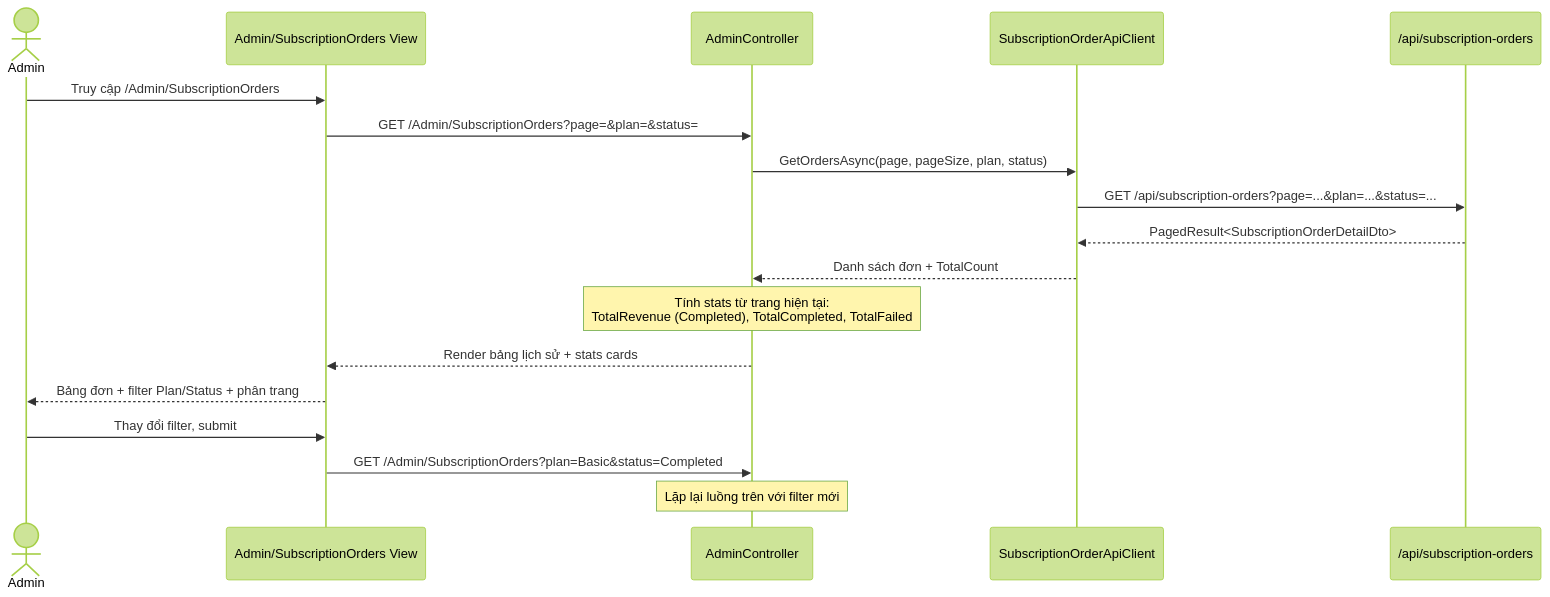
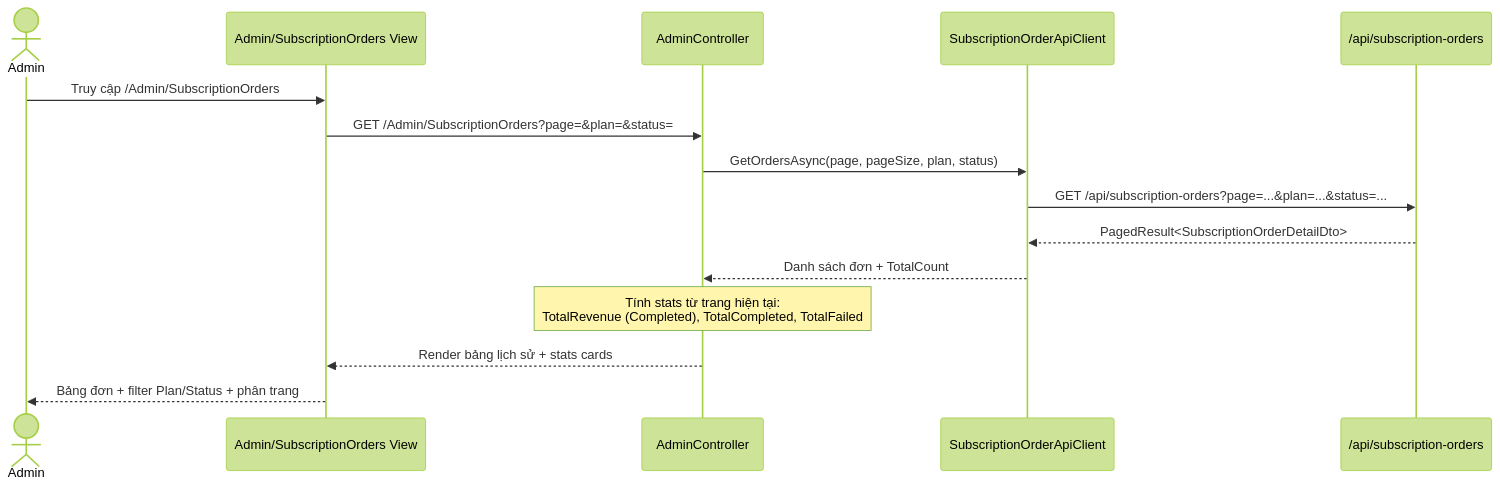
Before and after one commit to NguyenAlpha/LocateAndMultilingualNarration: diagram 19 of 19 in Docs/Sequence Diagrams – Web Admin.md, drawn with Mermaid (forest theme).

````diff
--- a/Docs/Sequence Diagrams – Web Admin.md
+++ b/Docs/Sequence Diagrams – Web Admin.md
@@ -841,22 +841,18 @@
 ```mermaid
 sequenceDiagram
     actor ADMIN as Admin
     participant VIEW as Admin/SubscriptionOrders View
     participant CTR as AdminController
     participant SVC as SubscriptionOrderApiClient
     participant API as /api/subscription-orders
 
     ADMIN->>VIEW: Truy cập /Admin/SubscriptionOrders
     VIEW->>CTR: GET /Admin/SubscriptionOrders?page=&plan=&status=
     CTR->>SVC: GetOrdersAsync(page, pageSize, plan, status)
     SVC->>API: GET /api/subscription-orders?page=...&plan=...&status=...
     API-->>SVC: PagedResult<SubscriptionOrderDetailDto>
     SVC-->>CTR: Danh sách đơn + TotalCount
     Note over CTR: Tính stats từ trang hiện tại:<br/>TotalRevenue (Completed), TotalCompleted, TotalFailed
     CTR-->>VIEW: Render bảng lịch sử + stats cards
     VIEW-->>ADMIN: Bảng đơn + filter Plan/Status + phân trang
-
-    ADMIN->>VIEW: Thay đổi filter, submit
-    VIEW->>CTR: GET /Admin/SubscriptionOrders?plan=Basic&status=Completed
-    Note over CTR: Lặp lại luồng trên với filter mới
 ```
````
